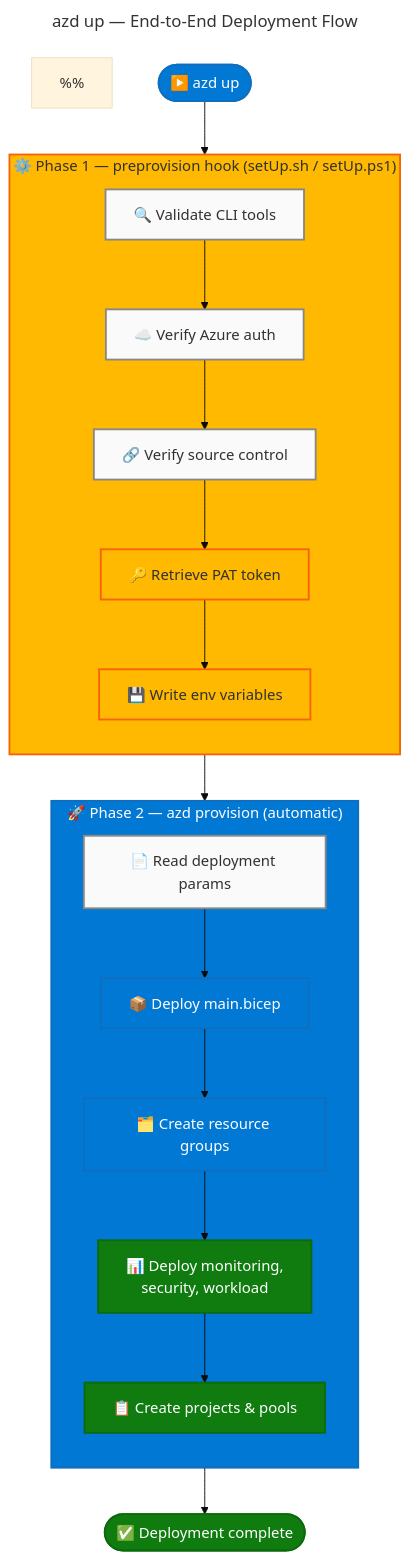
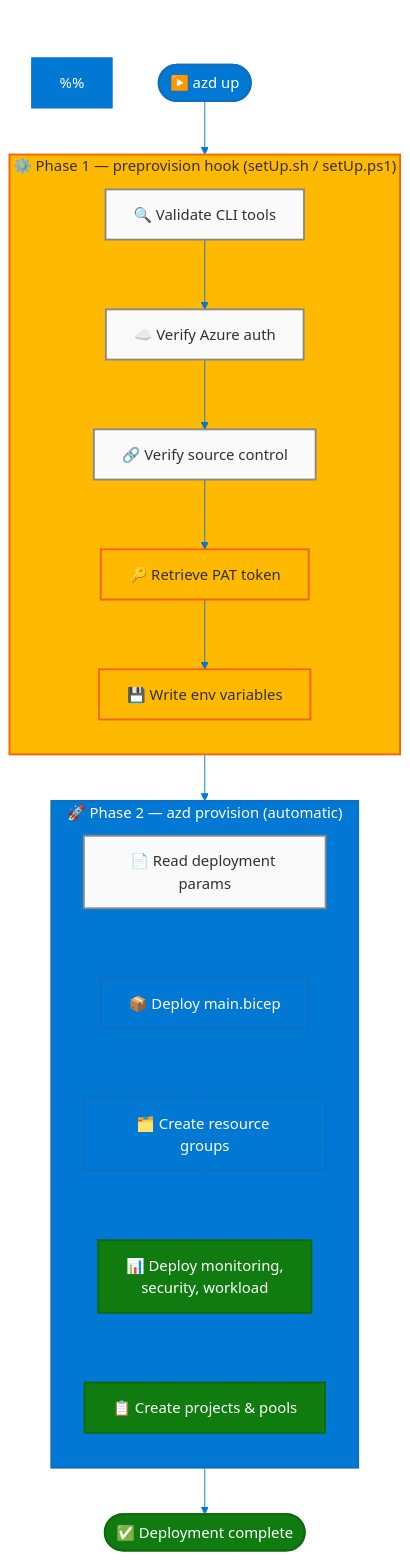
Before and after one commit to Evilazaro/DevExp-DevBox: the second of 2 diagrams in README.md, drawn with Mermaid. The commit also changed other lines of this file, not shown here.

Commit message:
docs: enhance flowchart configuration with additional theme variables for improved visual clarity

````diff
--- a/README.md
+++ b/README.md
@@ -258,75 +263,80 @@
 ```mermaid
 ---
 title: "azd up — End-to-End Deployment Flow"
 config:
   theme: base
   look: classic
   layout: dagre
+  flowchart:
+    htmlLabels: true
+    curve: cardinal
   themeVariables:
     fontSize: '16px'
-  flowchart:
-    htmlLabels: true
+    primaryColor: '#0078D4'
+    primaryBorderColor: '#106EBE'
+    primaryTextColor: '#FFFFFF'
+    lineColor: '#0078D4'
 ---
 flowchart TB
     accTitle: azd up — End-to-End Deployment Flow
     accDescr: Shows the two-phase deployment process — preprovision setup followed by Bicep infrastructure provisioning
 
     %% ═══════════════════════════════════════════════════════════════════════════
     %% AZURE / FLUENT ARCHITECTURE PATTERN v1.1
     %% (Semantic + Structural + Font + Accessibility Governance)
     %% ═══════════════════════════════════════════════════════════════════════════
     %% PHASE 1 - STRUCTURAL: Direction explicit, flat topology, nesting ≤ 3
     %% PHASE 2 - SEMANTIC: Colors justified, max 5 semantic classes, neutral-first
     %% PHASE 3 - FONT: Dark text on light backgrounds, contrast ≥ 4.5:1
     %% PHASE 4 - ACCESSIBILITY: accTitle/accDescr present, icons on all nodes
     %% PHASE 5 - STANDARD: Governance block present, classDefs centralized
     %% ═══════════════════════════════════════════════════════════════════════════
 
     %% COLOR DOCUMENTATION
     %% neutral (#FAFAFA) — Validation and read operations
     %% core (#0078D4) — Entry/exit and deployment operations (azd up, Bicep deploy)
     %% success (#107C10) — Completed deployment stages
     %% warning (#FFB900) — Security-sensitive operations (PAT, secrets)
     %%
     %% SUBGRAPH SEMANTIC COLORS (Step 3a — functional siblings)
     %% phase1 (#FFB900) — Setup/security operations (PAT retrieval, auth)
     %% phase2 (#0078D4) — Core deployment operations (Bicep, provisioning)
 
     start(["▶️ azd up"]):::core --> phase1
 
     subgraph phase1["⚙️ Phase 1 — preprovision hook (setUp.sh / setUp.ps1)"]
         direction TB
         step1["🔍 Validate CLI tools"]:::neutral
         step2["☁️ Verify Azure auth"]:::neutral
         step3["🔗 Verify source control"]:::neutral
         step4["🔑 Retrieve PAT token"]:::warning
         step5["💾 Write env variables"]:::warning
 
         step1 --> step2 --> step3 --> step4 --> step5
     end
 
     phase1 --> phase2
 
     subgraph phase2["🚀 Phase 2 — azd provision (automatic)"]
         direction TB
         prov1["📄 Read deployment params"]:::neutral
         prov2["📦 Deploy main.bicep"]:::core
         prov3["🗂️ Create resource groups"]:::core
         prov4["📊 Deploy monitoring,<br>security, workload"]:::success
-        prov5["📋 Create projects & pools"]:::success
+        prov5["📋 Create projects #amp; pools"]:::success
 
         prov1 --> prov2 --> prov3 --> prov4 --> prov5
     end
 
     prov5 --> done(["✅ Deployment complete"]):::success
 
     %% SUBGRAPH STYLING — semantic fills for functional siblings (2 subgraphs = 2 style directives)
     style phase1 fill:#FFB900,stroke:#F7630C,stroke-width:2px,color:#323130
     style phase2 fill:#0078D4,stroke:#106EBE,stroke-width:2px,color:#FFFFFF
 
     %% Centralized classDef palette (canonical — neutral-first, 3 semantic + neutral)
     classDef neutral fill:#FAFAFA,stroke:#8A8886,stroke-width:2px,color:#323130
     classDef core fill:#0078D4,stroke:#106EBE,stroke-width:2px,color:#FFFFFF
     classDef success fill:#107C10,stroke:#0B6A0B,stroke-width:2px,color:#FFFFFF
     classDef warning fill:#FFB900,stroke:#F7630C,stroke-width:2px,color:#323130
 ```
````
